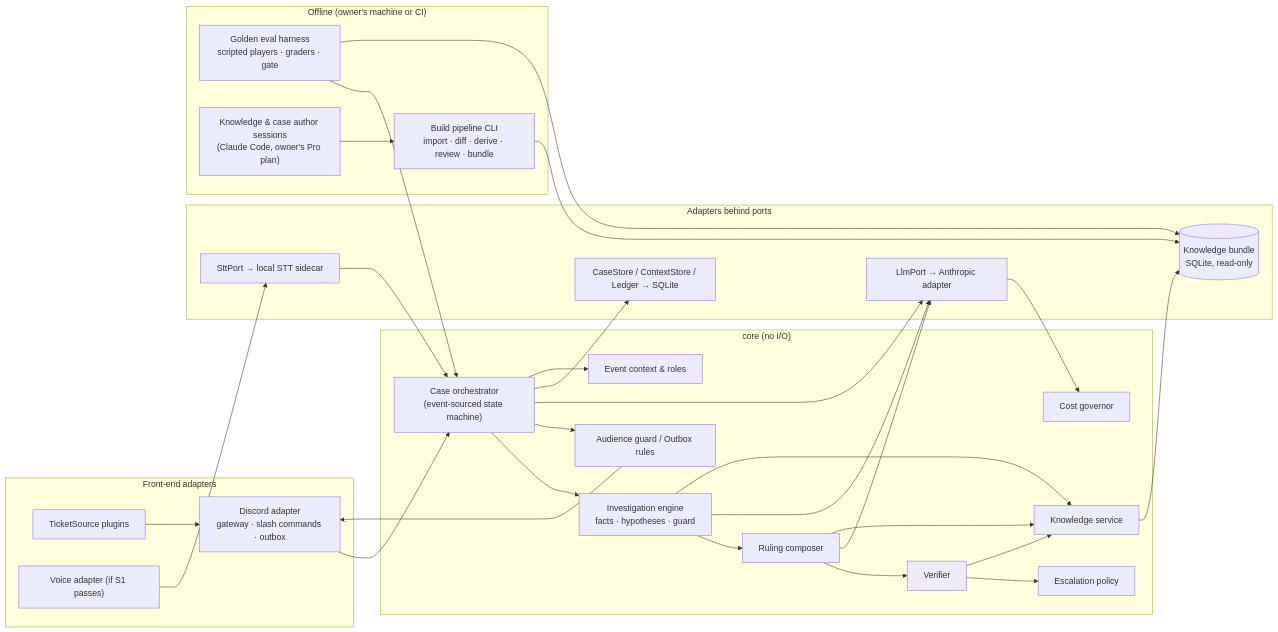
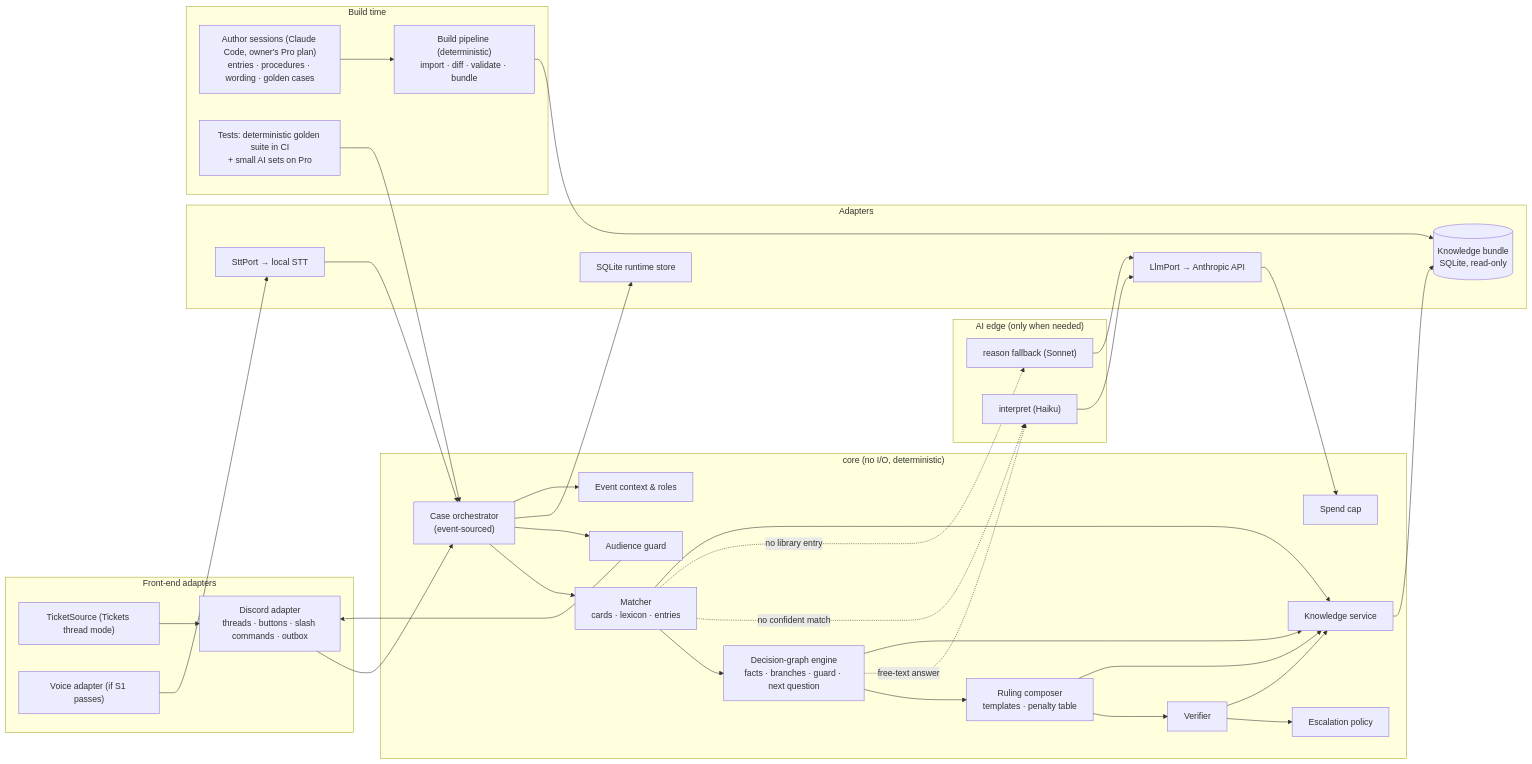
Before and after one commit to feamar/mtg-judge: the first of 2 diagrams in docs/architecture/ARCHITECTURE.md, drawn with Mermaid. The commit also changed other lines of this file and 15 other files, not shown here.

First line of the commit message:
Architecture: make the judge deterministic, with AI only at the edges

````diff
--- a/docs/architecture/ARCHITECTURE.md
+++ b/docs/architecture/ARCHITECTURE.md
@@ -27,44 +39,48 @@
 ```mermaid
 flowchart LR
   subgraph FrontEnds["Front-end adapters"]
-    DISC["Discord adapter<br/>gateway · slash commands · outbox"]
-    TS["TicketSource plugins"]
+    DISC["Discord adapter<br/>threads · buttons · slash commands · outbox"]
+    TS["TicketSource (Tickets thread mode)"]
     VOICE["Voice adapter (if S1 passes)"]
   end
-  subgraph Core["core (no I/O)"]
-    ORCH["Case orchestrator<br/>(event-sourced state machine)"]
-    INV["Investigation engine<br/>facts · hypotheses · guard"]
-    COMP["Ruling composer"]
+  subgraph Core["core (no I/O, deterministic)"]
+    ORCH["Case orchestrator<br/>(event-sourced)"]
+    MATCH["Matcher<br/>cards · lexicon · entries"]
+    ENG["Decision-graph engine<br/>facts · branches · guard · next question"]
+    COMP["Ruling composer<br/>templates · penalty table"]
     VER["Verifier"]
     ESC["Escalation policy"]
-    AUD["Audience guard / Outbox rules"]
+    AUD["Audience guard"]
     KNOW["Knowledge service"]
     CTX["Event context & roles"]
-    GOV["Cost governor"]
+    GOV["Spend cap"]
   end
-  subgraph Ports["Adapters behind ports"]
-    LLM["LlmPort → Anthropic adapter"]
-    STT["SttPort → local STT sidecar"]
-    STORE["CaseStore / ContextStore / Ledger → SQLite"]
+  subgraph Edge["AI edge (only when needed)"]
+    INT["interpret (Haiku)"]
+    RSN["reason fallback (Sonnet)"]
+  end
+  subgraph Ports["Adapters"]
+    LLM["LlmPort → Anthropic API"]
+    STORE["SQLite runtime store"]
     BUNDLE[("Knowledge bundle<br/>SQLite, read-only")]
+    STT["SttPort → local STT"]
   end
-  subgraph Offline["Offline (owner's machine or CI)"]
-    PIPE["Build pipeline CLI<br/>import · diff · derive · review · bundle"]
-    EVAL["Golden eval harness<br/>scripted players · graders · gate"]
-    AUTH["Knowledge & case author sessions<br/>(Claude Code, owner's Pro plan)"]
-    AUTH --> PIPE
+  subgraph Build["Build time"]
+    AUTH["Author sessions (Claude Code, owner's Pro plan)<br/>entries · procedures · wording · golden cases"]
+    PIPE["Build pipeline (deterministic)<br/>import · diff · validate · bundle"]
+    TEST["Tests: deterministic golden suite in CI<br/>+ small AI sets on Pro"]
   end
-  DISC --> ORCH
-  TS --> DISC
+  TS --> DISC --> ORCH
   VOICE --> STT --> ORCH
-  ORCH --> INV --> COMP --> VER --> ESC
+  ORCH --> MATCH --> ENG --> COMP --> VER --> ESC
   ORCH --> AUD --> DISC
-  INV & COMP & ORCH --> LLM
-  INV & COMP & VER --> KNOW --> BUNDLE
+  MATCH -. no confident match .-> INT
+  ENG -. free-text answer .-> INT
+  MATCH -. no library entry .-> RSN
+  INT & RSN --> LLM --> GOV
+  MATCH & ENG & COMP & VER --> KNOW --> BUNDLE
   ORCH --> STORE
   ORCH --> CTX
-  LLM --> GOV
-  PIPE --> BUNDLE
-  EVAL --> ORCH
-  EVAL --> BUNDLE
+  AUTH --> PIPE --> BUNDLE
+  TEST --> ORCH
 ```
````
